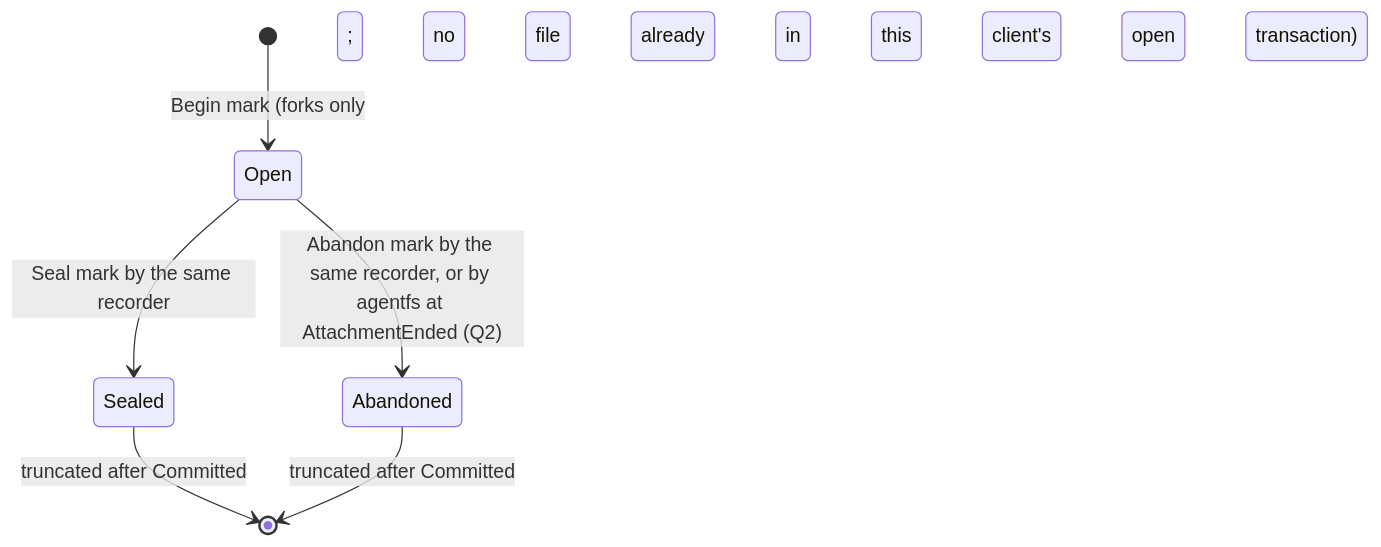
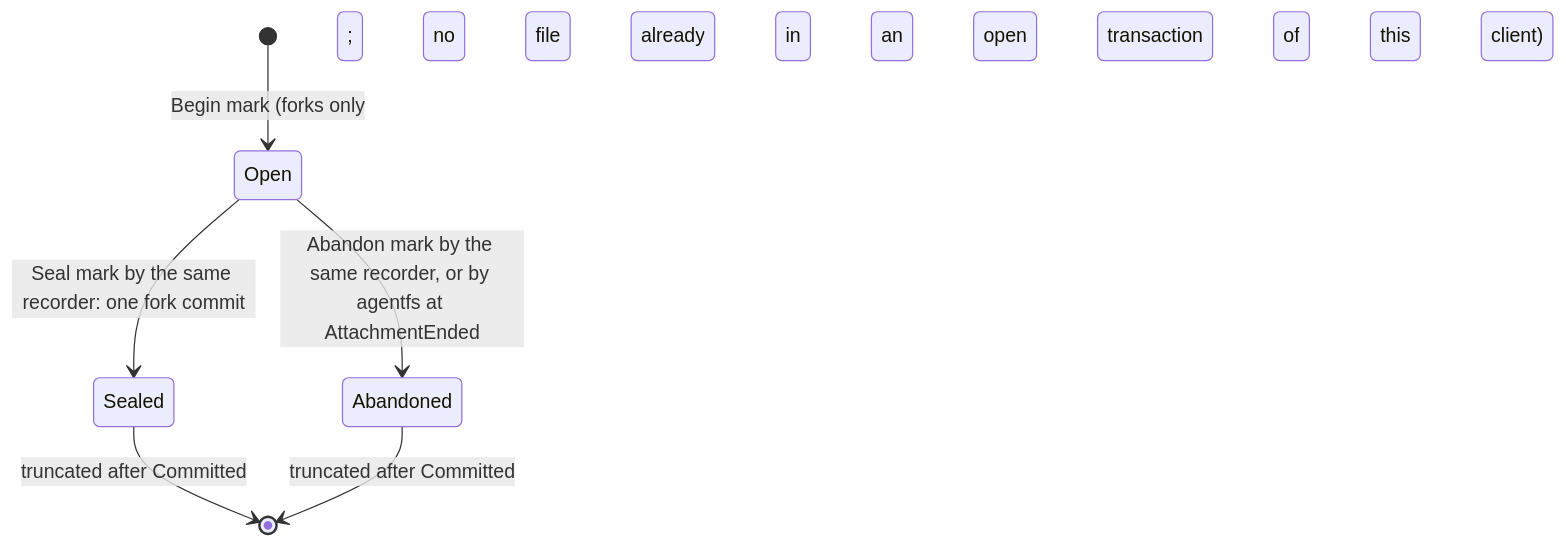
One commit to mcurcio/agentfs changed the fourth of 6 diagrams in docs/target-architecture/domains/journal.md. Above: the diagram before and after it, drawn with Mermaid. The commit also changed other lines of this file and 12 other files, not shown here.

````diff
--- a/docs/target-architecture/domains/journal.md
+++ b/docs/target-architecture/domains/journal.md
@@ -67,8 +85,8 @@
 ```mermaid
 stateDiagram-v2
-  [*] --> Open: Begin mark (forks only; no file already in this client's open transaction)
-  Open --> Sealed: Seal mark by the same recorder
-  Open --> Abandoned: Abandon mark by the same recorder, or by agentfs at AttachmentEnded (Q2)
+  [*] --> Open: Begin mark (forks only; no file already in an open transaction of this client)
+  Open --> Sealed: Seal mark by the same recorder: one fork commit
+  Open --> Abandoned: Abandon mark by the same recorder, or by agentfs at AttachmentEnded
   Sealed --> [*]: truncated after Committed
   Abandoned --> [*]: truncated after Committed
 ```
````
